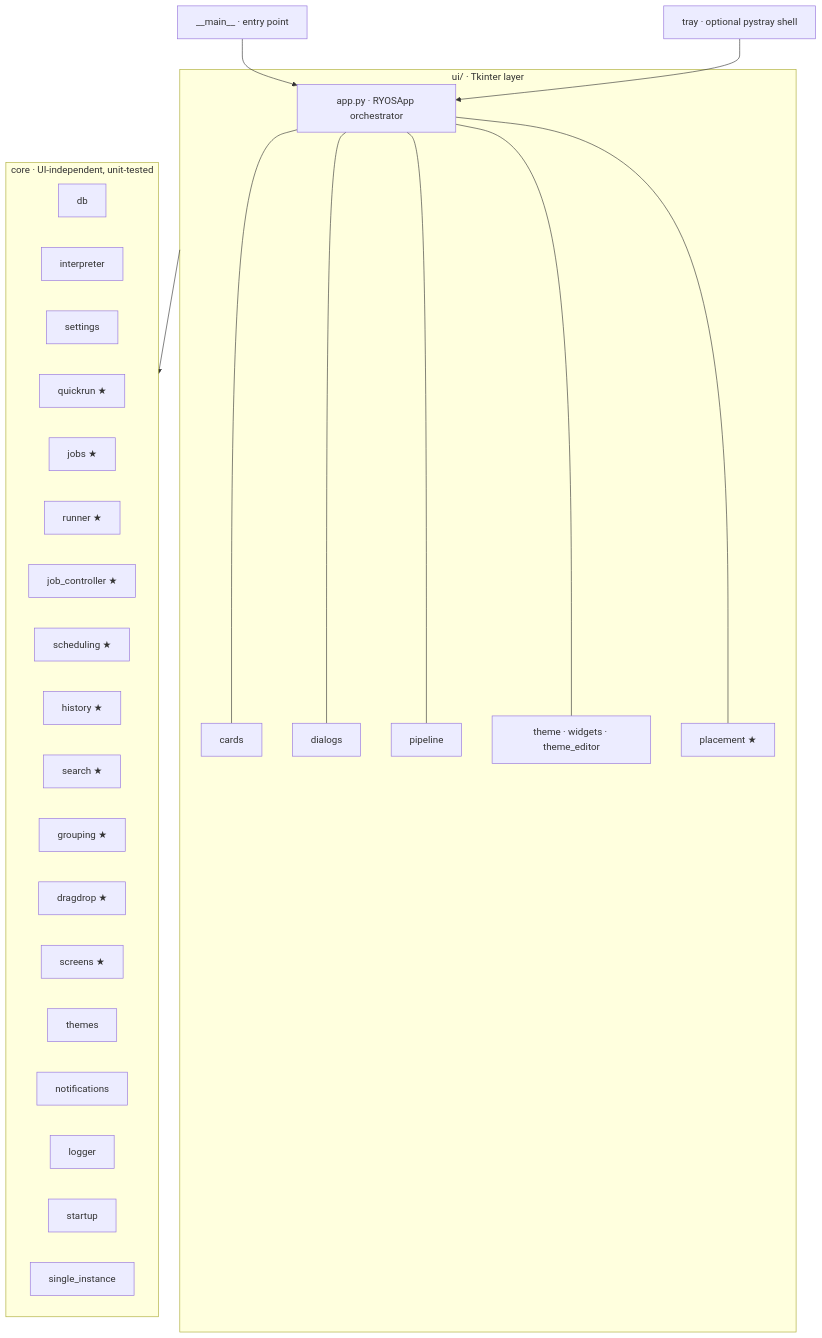
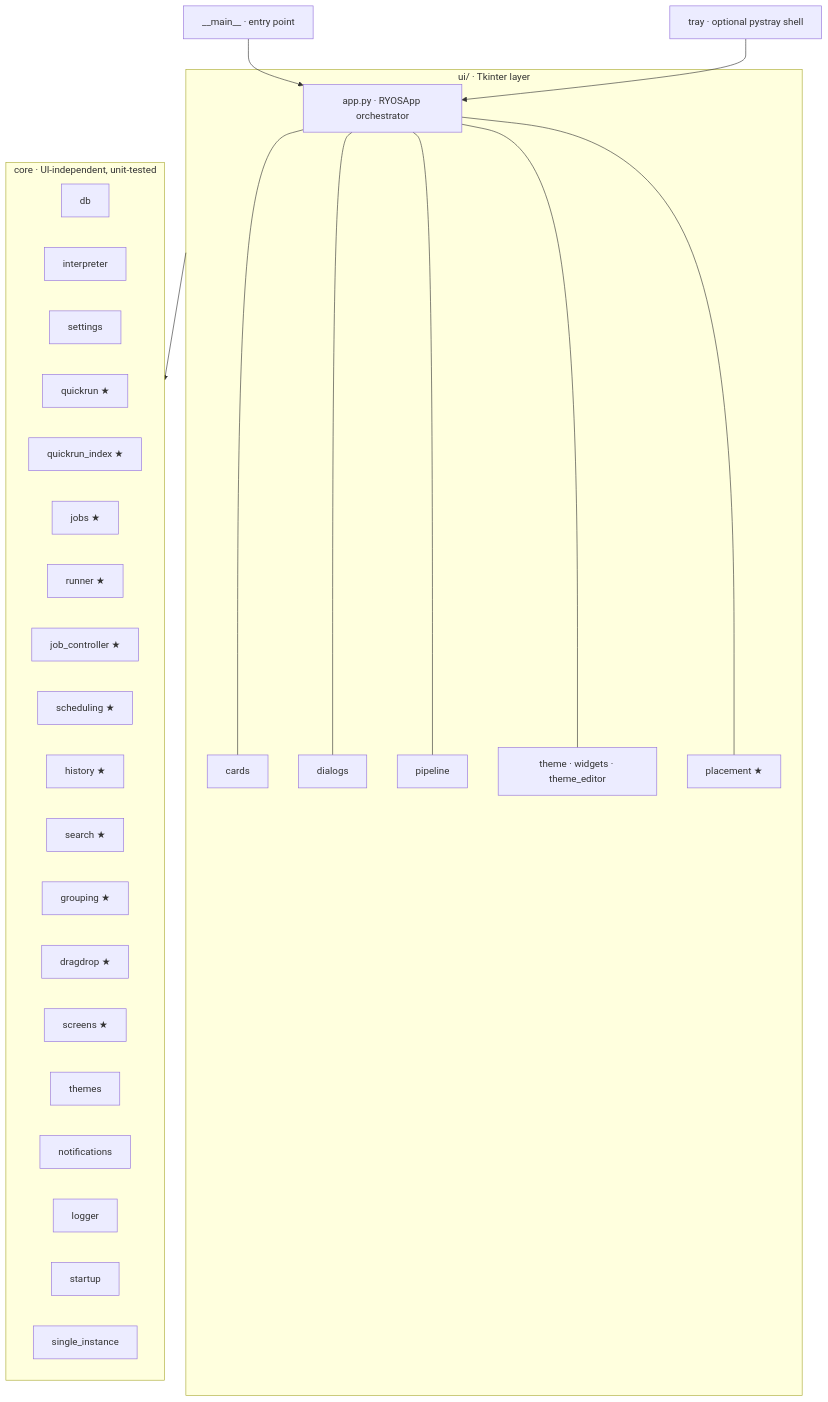
One commit to lqvu-zen/RYOS changed the diagram in docs/ARCHITECTURE.md. Above: the diagram before and after it, drawn with Mermaid. The commit also changed other lines of this file and 6 other files, not shown here.

````diff
--- a/docs/ARCHITECTURE.md
+++ b/docs/ARCHITECTURE.md
@@ -8,43 +8,44 @@
 ```mermaid
 flowchart TD
     main["__main__ · entry point"] --> app
 
     subgraph ui["ui/ · Tkinter layer"]
         app["app.py · RYOSApp orchestrator"]
         cards["cards"]
         dialogs["dialogs"]
         pipeline["pipeline"]
         theme["theme · widgets · theme_editor"]
         placement["placement ★"]
         app --- cards
         app --- dialogs
         app --- pipeline
         app --- theme
         app --- placement
     end
 
     subgraph core["core · UI-independent, unit-tested"]
         db["db"]
         interpreter["interpreter"]
         settings["settings"]
         quickrun["quickrun ★"]
+        quickrun_index["quickrun_index ★"]
         jobs["jobs ★"]
         runner["runner ★"]
         job_controller["job_controller ★"]
         scheduling["scheduling ★"]
         history["history ★"]
         search["search ★"]
         grouping["grouping ★"]
         dragdrop["dragdrop ★"]
         screens["screens ★"]
         themes["themes"]
         notifications["notifications"]
         logger["logger"]
         startup["startup"]
         single_instance["single_instance"]
     end
 
     tray["tray · optional pystray shell"] --> app
 
     ui --> core
 ```
````
